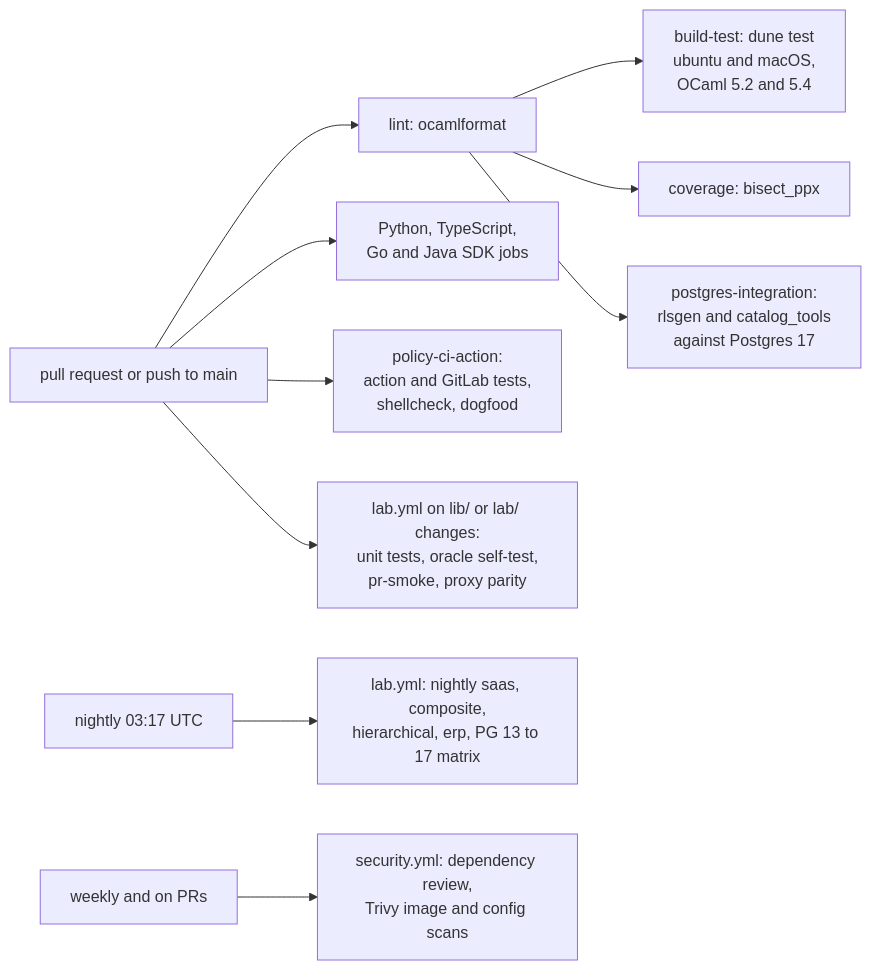
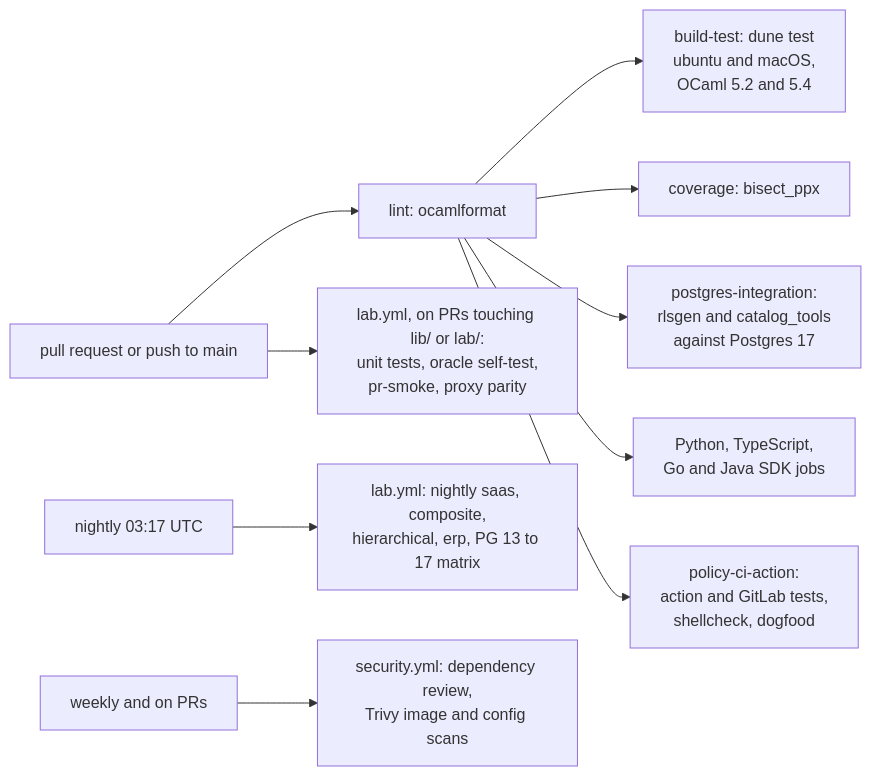
The fourth of 4 diagrams in docs/how-it-works/assurance.md (HaltSQL/HaltSQL), drawn with Mermaid before and after one commit. The commit also changed other lines of this file and 99 other files, not shown here.

Commit message:
docs: cloud deployment guides with mingrammer diagrams, Mermaid everywhere, accuracy pass

````diff
--- a/docs/how-it-works/assurance.md
+++ b/docs/how-it-works/assurance.md
@@ -286,12 +286,12 @@
 ```mermaid
 flowchart LR
     PR["pull request or push to main"] --> FMT["lint: ocamlformat"]
     FMT --> BT["build-test: dune test<br/>ubuntu and macOS,<br/>OCaml 5.2 and 5.4"]
     FMT --> COV["coverage: bisect_ppx"]
     FMT --> PGI["postgres-integration:<br/>rlsgen and catalog_tools<br/>against Postgres 17"]
-    PR --> SDK["Python, TypeScript,<br/>Go and Java SDK jobs"]
-    PR --> ACT["policy-ci-action:<br/>action and GitLab tests,<br/>shellcheck, dogfood"]
-    PR --> LABPR["lab.yml on lib/ or lab/ changes:<br/>unit tests, oracle self-test,<br/>pr-smoke, proxy parity"]
+    FMT --> SDK["Python, TypeScript,<br/>Go and Java SDK jobs"]
+    FMT --> ACT["policy-ci-action:<br/>action and GitLab tests,<br/>shellcheck, dogfood"]
+    PR --> LABPR["lab.yml, on PRs touching lib/ or lab/:<br/>unit tests, oracle self-test,<br/>pr-smoke, proxy parity"]
     NIGHT["nightly 03:17 UTC"] --> LABN["lab.yml: nightly saas, composite,<br/>hierarchical, erp, PG 13 to 17 matrix"]
     WEEK["weekly and on PRs"] --> SEC["security.yml: dependency review,<br/>Trivy image and config scans"]
 ```
````
